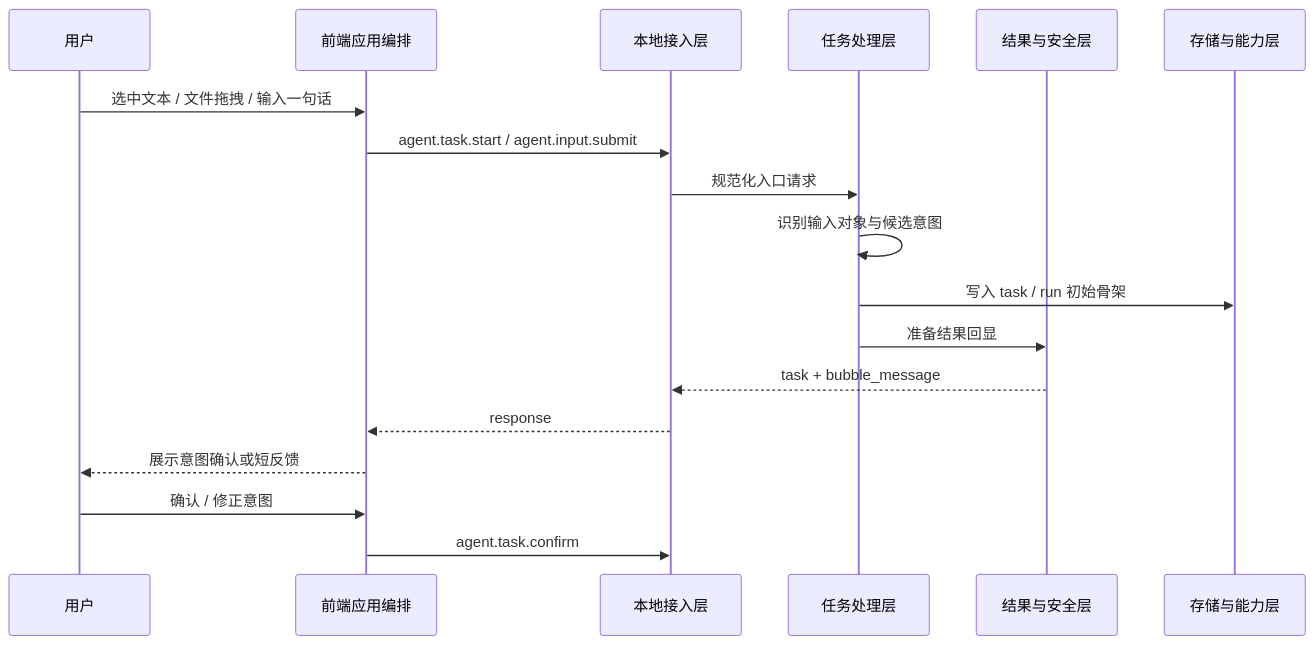
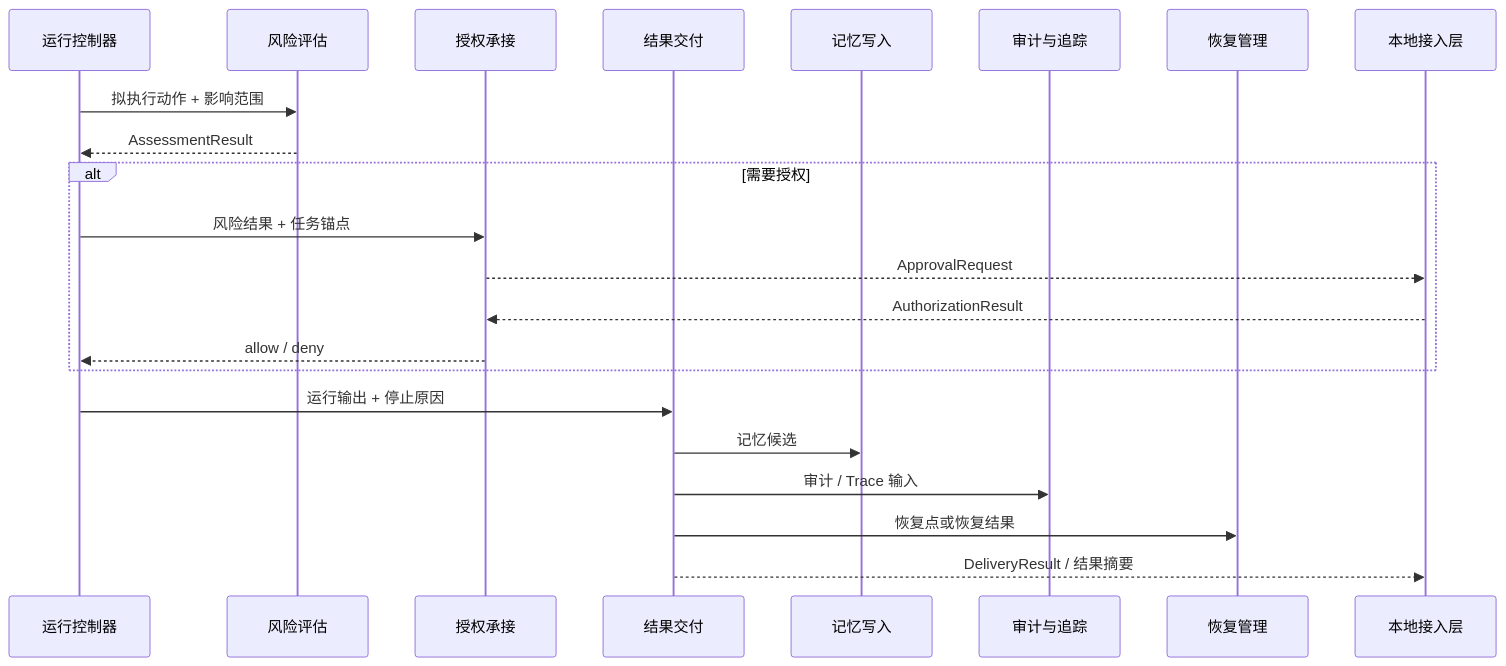
One commit to Blackcloudss/CialloClaw changed diagram 14 of 20 in docs/architecture-overview.md. Above: the diagram before and after it, drawn with Mermaid. The commit also changed other lines of this file, not shown here.

Commit message:
Update architecture design document

````diff
--- a/docs/architecture-overview.md
+++ b/docs/architecture-overview.md
@@ -800,21 +819,25 @@
 ```mermaid
 sequenceDiagram
-    participant U as 用户
-    participant FE as 前端应用编排
+    participant RUN as 运行控制器
+    participant RISK as 风险评估
+    participant AUTH as 授权承接
+    participant DEL as 结果交付
+    participant MEM as 记忆写入
+    participant AUD as 审计与追踪
+    participant REC as 恢复管理
     participant ACCESS as 本地接入层
-    participant TASK as 任务处理层
-    participant SAFE as 结果与安全层
-    participant SUP as 存储与能力层
 
-    U->>FE: 选中文本 / 文件拖拽 / 输入一句话
-    FE->>ACCESS: agent.task.start / agent.input.submit
-    ACCESS->>TASK: 规范化入口请求
-    TASK->>TASK: 识别输入对象与候选意图
-    TASK->>SUP: 写入 task / run 初始骨架
-    TASK->>SAFE: 准备结果回显
-    SAFE-->>ACCESS: task + bubble_message
-    ACCESS-->>FE: response
-    FE-->>U: 展示意图确认或短反馈
-    U->>FE: 确认 / 修正意图
-    FE->>ACCESS: agent.task.confirm
+    RUN->>RISK: 拟执行动作 + 影响范围
+    RISK-->>RUN: AssessmentResult
+    alt 需要授权
+        RUN->>AUTH: 风险结果 + 任务锚点
+        AUTH-->>ACCESS: ApprovalRequest
+        ACCESS-->>AUTH: AuthorizationResult
+        AUTH-->>RUN: allow / deny
+    end
+    RUN->>DEL: 运行输出 + 停止原因
+    DEL->>MEM: 记忆候选
+    DEL->>AUD: 审计 / Trace 输入
+    DEL->>REC: 恢复点或恢复结果
+    DEL-->>ACCESS: DeliveryResult / 结果摘要
 ```
````
